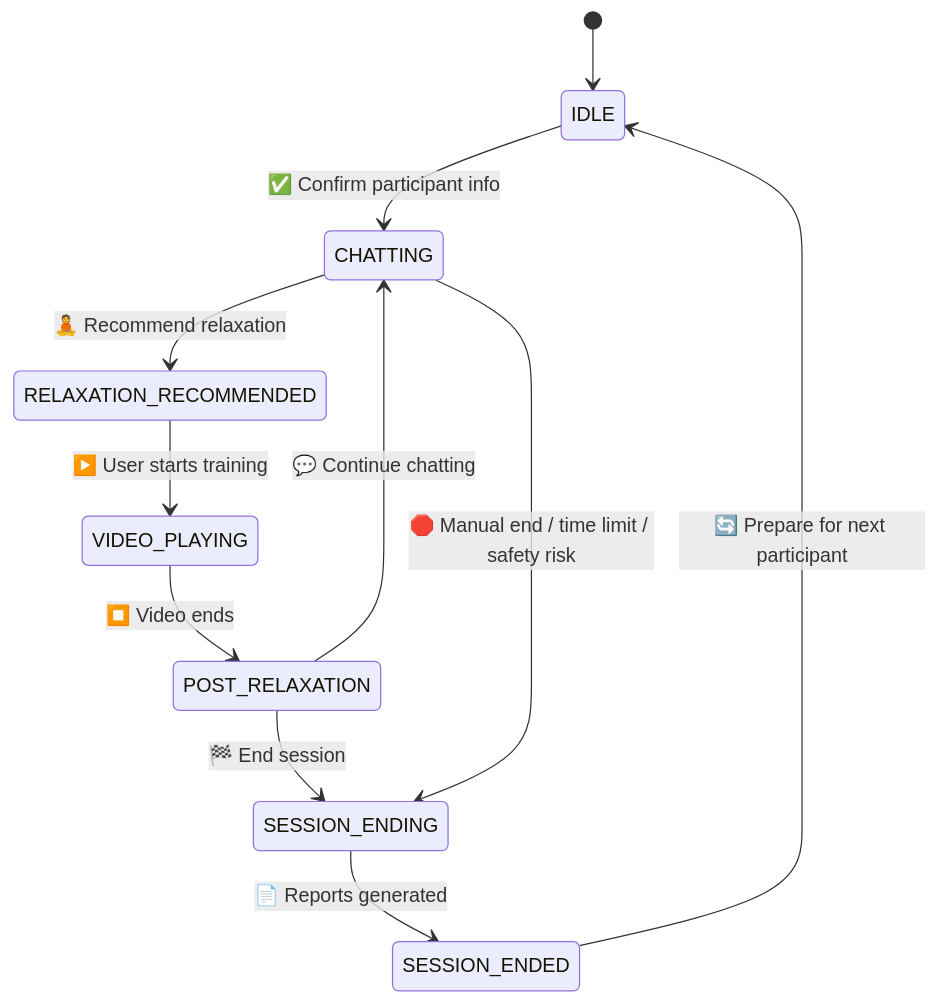
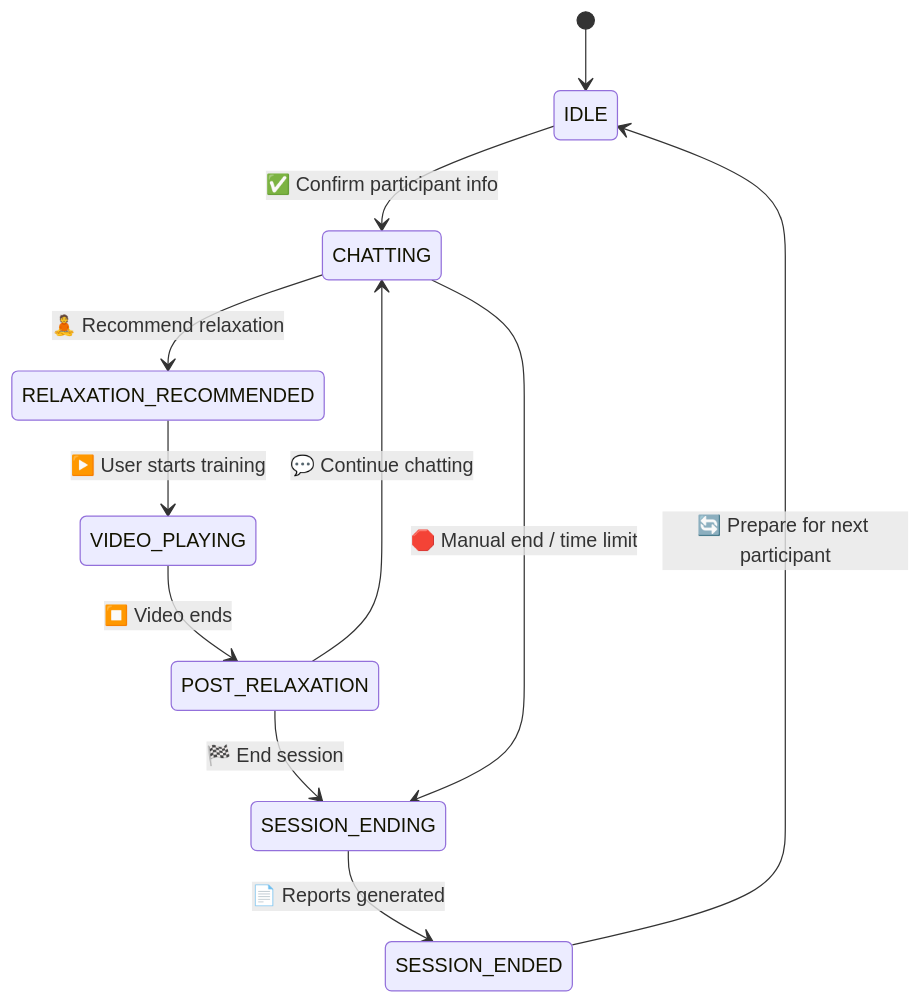
Before and after one commit to jersery66/voicechat3: the fourth of 4 diagrams in README.md, drawn with Mermaid. The commit also changed other lines of this file and 53 other files, not shown here.

Commit message:
refactor: detach crisis flow from production runtime

````diff
--- a/README.md
+++ b/README.md
@@ -693,13 +691,13 @@
 ```mermaid
 stateDiagram-v2
     [*] --> IDLE
     IDLE --> CHATTING: ✅ Confirm participant info
     CHATTING --> RELAXATION_RECOMMENDED: 🧘 Recommend relaxation
     RELAXATION_RECOMMENDED --> VIDEO_PLAYING: ▶️ User starts training
     VIDEO_PLAYING --> POST_RELAXATION: ⏹️ Video ends
     POST_RELAXATION --> CHATTING: 💬 Continue chatting
     POST_RELAXATION --> SESSION_ENDING: 🏁 End session
-    CHATTING --> SESSION_ENDING: 🛑 Manual end / time limit / safety risk
+    CHATTING --> SESSION_ENDING: 🛑 Manual end / time limit
     SESSION_ENDING --> SESSION_ENDED: 📄 Reports generated
     SESSION_ENDED --> IDLE: 🔄 Prepare for next participant
 ```
````
